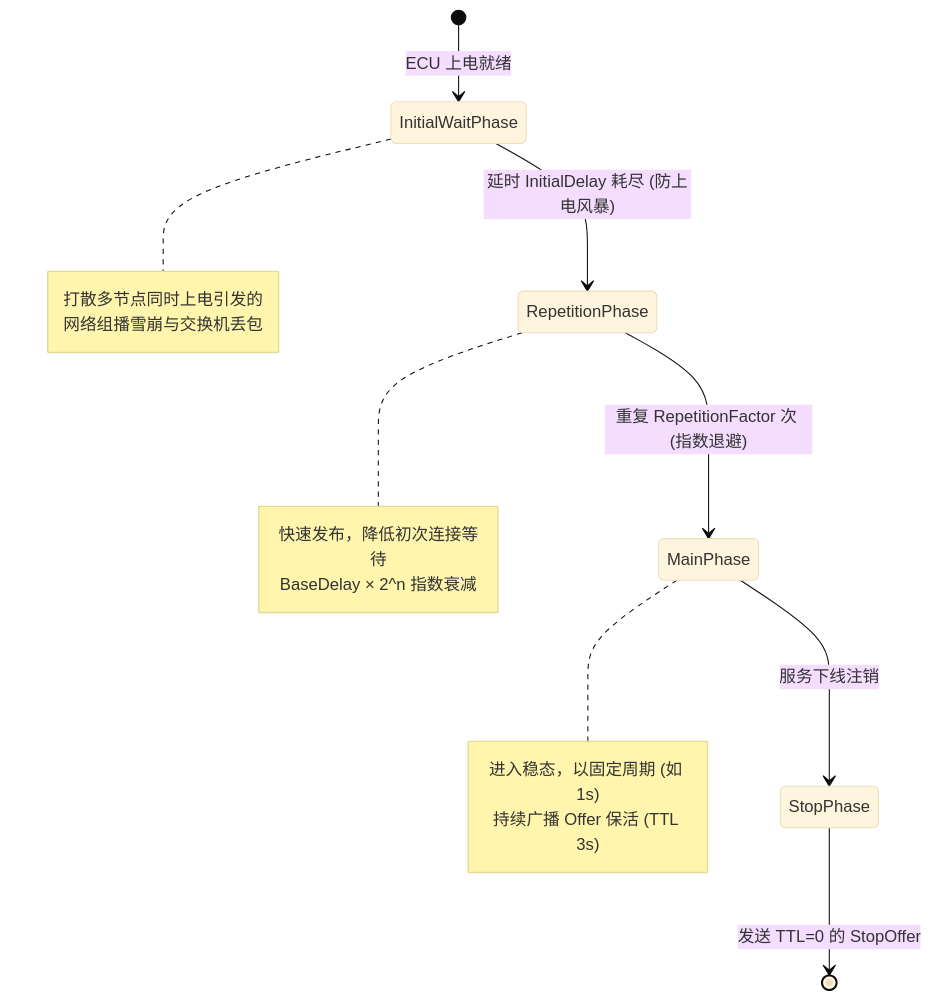
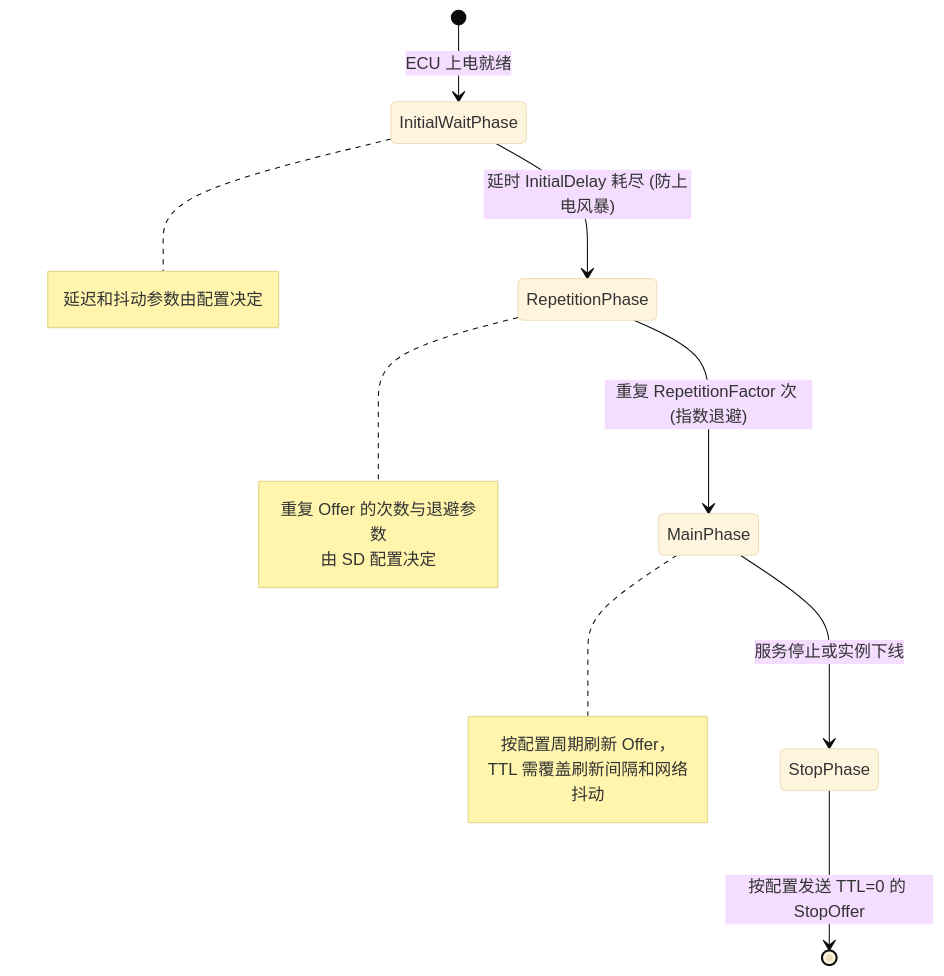
One commit to leehyon/garden changed the first of 3 diagrams in content/autosar/someip-dds.md. Above: the diagram before and after it, drawn with Mermaid (base theme). The commit also changed other lines of this file and 76 other files, not shown here.

````diff
--- a/content/autosar/someip-dds.md
+++ b/content/autosar/someip-dds.md
@@ -96,23 +102,22 @@
 ```mermaid
 stateDiagram-v2
     [*] --> InitialWaitPhase : ECU 上电就绪
     InitialWaitPhase --> RepetitionPhase : 延时 InitialDelay 耗尽 (防上电风暴)
     RepetitionPhase --> MainPhase : 重复 RepetitionFactor 次 (指数退避)
-    MainPhase --> StopPhase : 服务下线注销
-    StopPhase --> [*] : 发送 TTL=0 的 StopOffer
+    MainPhase --> StopPhase : 服务停止或实例下线
+    StopPhase --> [*] : 按配置发送 TTL=0 的 StopOffer
 
     note right of InitialWaitPhase
-      打散多节点同时上电引发的
-      网络组播雪崩与交换机丢包
+      延迟和抖动参数由配置决定
     end note
 
     note right of RepetitionPhase
-      快速发布，降低初次连接等待
-      BaseDelay × 2^n 指数衰减
+      重复 Offer 的次数与退避参数
+      由 SD 配置决定
     end note
 
     note right of MainPhase
-      进入稳态，以固定周期 (如 1s)
-      持续广播 Offer 保活 (TTL 3s)
+      按配置周期刷新 Offer，
+      TTL 需覆盖刷新间隔和网络抖动
     end note
 ```
````
